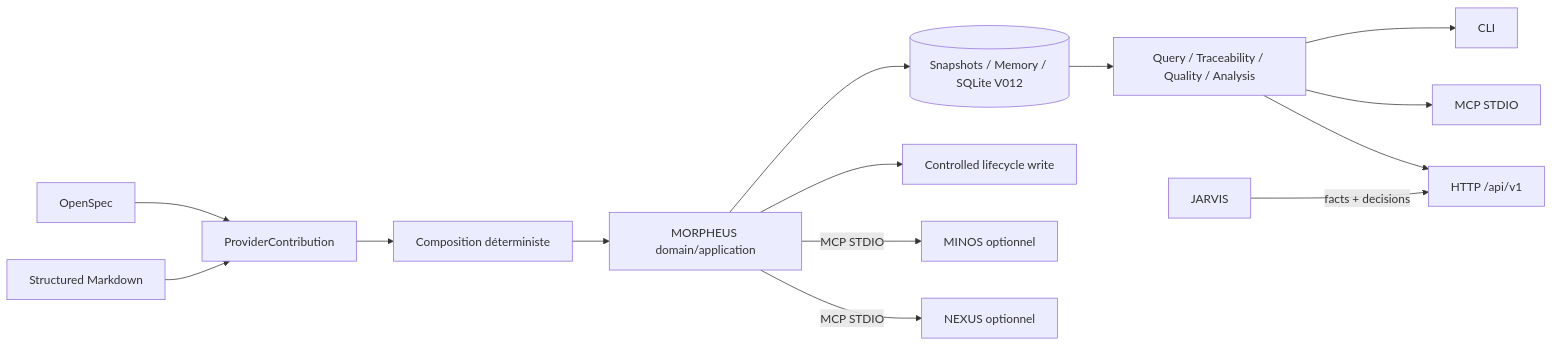
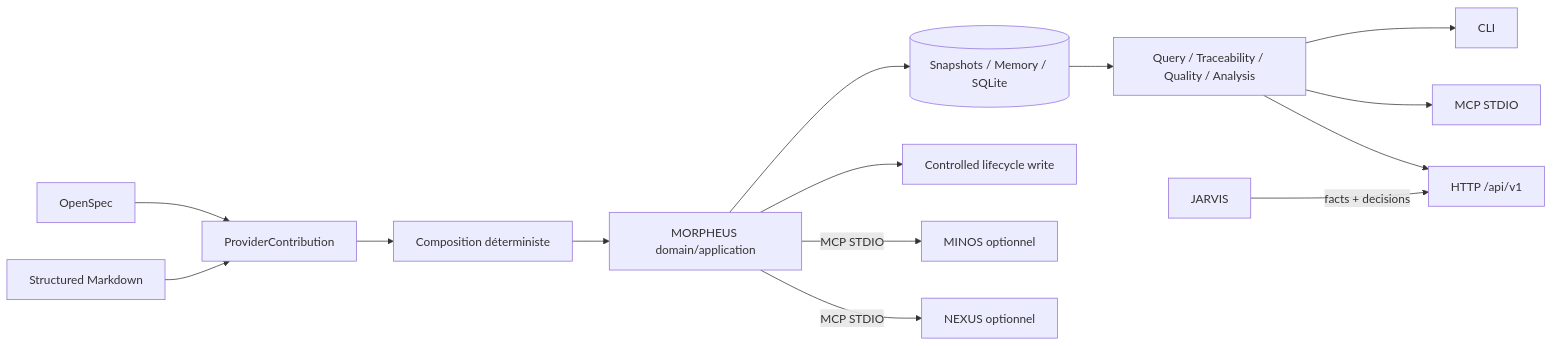
Before and after one commit to FTurleque/morpheus-engine: the diagram in docs/README.md, drawn with Mermaid. The commit also changed other lines of this file, not shown here.

````diff
--- a/docs/README.md
+++ b/docs/README.md
@@ -58,16 +54,16 @@
 ```mermaid
 flowchart LR
     O[OpenSpec] --> PC[ProviderContribution]
     MD[Structured Markdown] --> PC
     PC --> C[Composition déterministe]
     C --> M[MORPHEUS domain/application]
-    M --> S[(Snapshots / Memory / SQLite V012)]
+    M --> S[(Snapshots / Memory / SQLite)]
     S --> Q[Query / Traceability / Quality / Analysis]
     Q --> CLI[CLI]
     Q --> MCP[MCP STDIO]
     Q --> API[HTTP /api/v1]
     M --> W[Controlled lifecycle write]
     M -->|MCP STDIO| MINOS[MINOS optionnel]
     M -->|MCP STDIO| NEXUS[NEXUS optionnel]
     J[JARVIS] -->|facts + decisions| API
 ```
````
